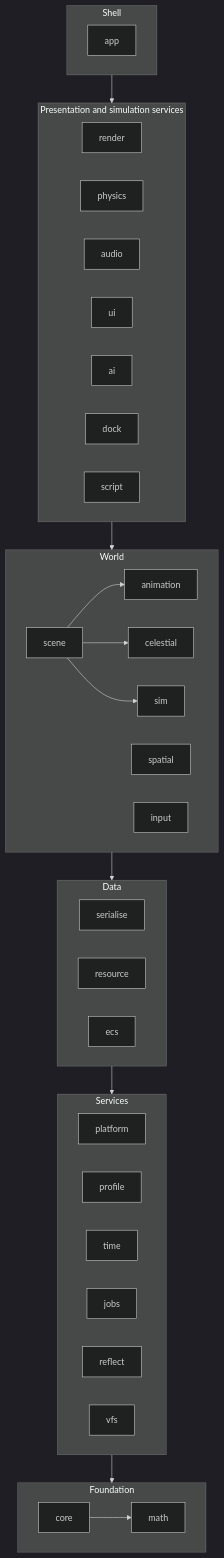
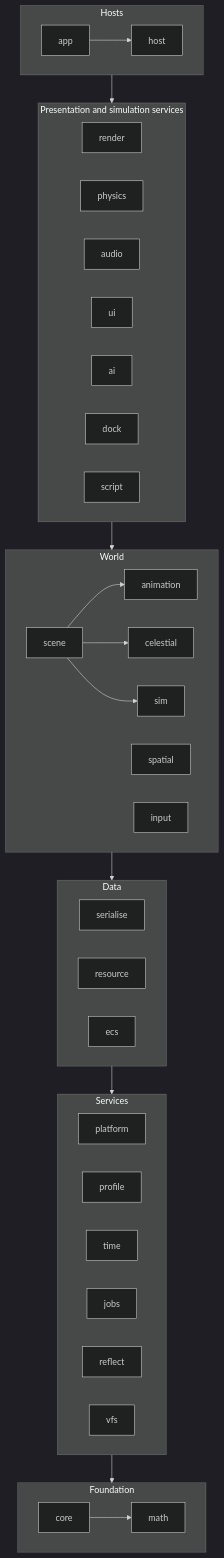
Before and after one commit to ivanhawkes/jettison: the diagram in docs/architecture.md, drawn with Mermaid (dark theme). The commit also changed other lines of this file and 15 other files, not shown here.

````diff
--- a/docs/architecture.md
+++ b/docs/architecture.md
@@ -129,29 +130,29 @@
 ```mermaid
 flowchart TB
     subgraph T0[Foundation]
         core --> math
     end
     subgraph T1[Services]
         platform; profile; time; jobs; reflect; vfs
     end
     subgraph T2[Data]
         serialise; resource; ecs
     end
     subgraph T3[World]
         scene --> animation
         scene --> celestial
         scene --> sim
         sim; spatial; input
     end
     subgraph T4[Presentation and simulation services]
         render; physics; audio; ui; ai; dock; script
     end
-    subgraph T5[Shell]
-        app
+    subgraph T5[Hosts]
+        app --> host
     end
     T1 --> T0
     T2 --> T1
     T3 --> T2
     T4 --> T3
     T5 --> T4
 ```
````
